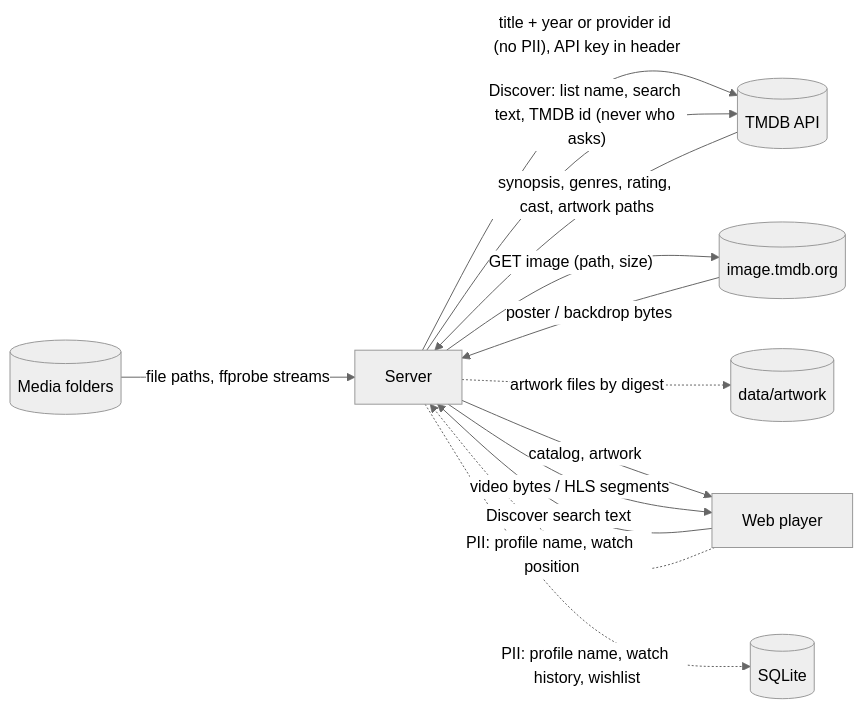
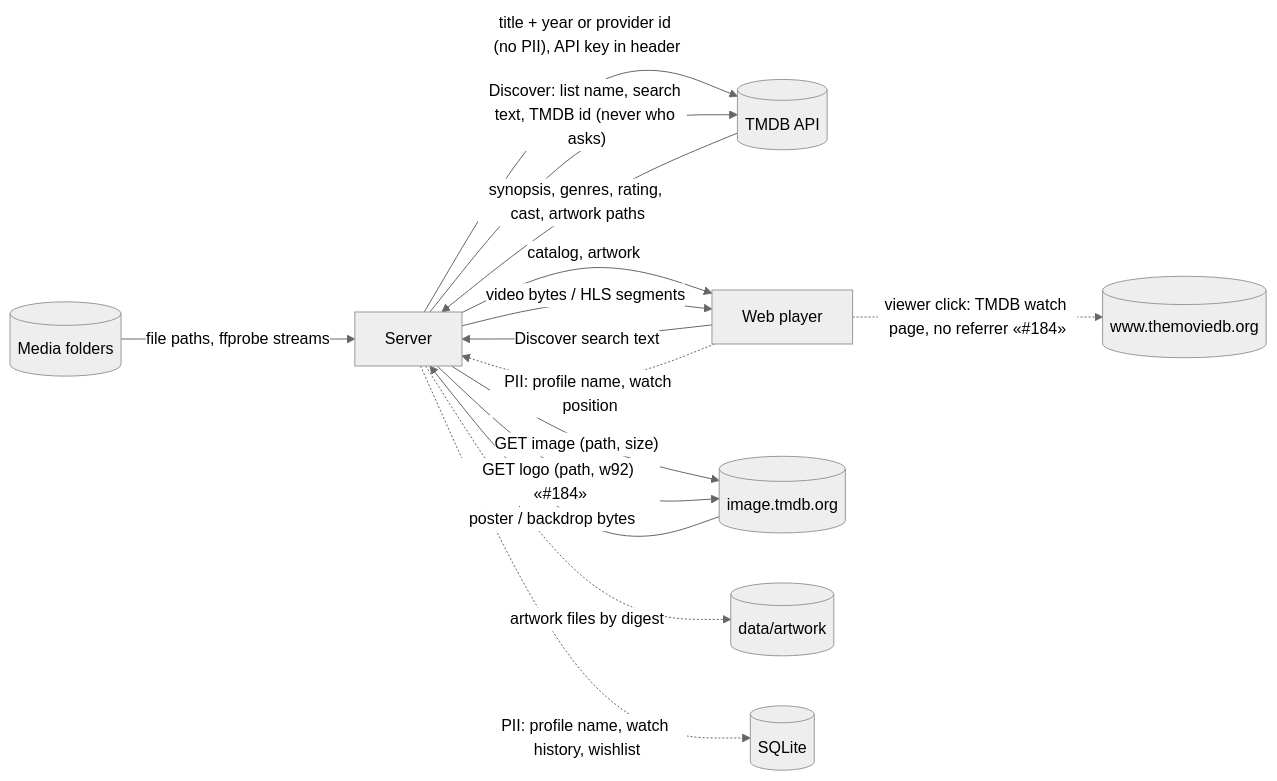
Before and after one commit to benoit-bremaud/popcorntv: the diagram in docs/architecture/diagrams/playback/06-data-flow.md, drawn with Mermaid (neutral theme). The commit also changed other lines of this file and 29 other files, not shown here.

````diff
--- a/docs/architecture/diagrams/playback/06-data-flow.md
+++ b/docs/architecture/diagrams/playback/06-data-flow.md
@@ -13,15 +13,17 @@
 ```mermaid
 flowchart LR
   Files[("Media folders")] -->|"file paths, ffprobe streams"| Server
   Server -->|"title + year or provider id (no PII), API key in header"| TMDB[("TMDB API")]
   Web -->|"Discover search text"| Server
   Server -->|"Discover: list name, search text, TMDB id (never who asks)"| TMDB
   TMDB -->|"synopsis, genres, rating, cast, artwork paths"| Server
   Server -->|"GET image (path, size)"| IMG[("image.tmdb.org")]
   IMG -->|"poster / backdrop bytes"| Server
+  Server -->|"GET logo (path, w92) «#184»"| IMG
+  Web -.->|"viewer click: TMDB watch page, no referrer «#184»"| TMDBW[("www.themoviedb.org")]
   Server -.->|"artwork files by digest"| Art[("data/artwork")]
   Server -->|"catalog, artwork"| Web[Web player]
   Web -.->|"PII: profile name, watch position"| Server
   Server -.->|"PII: profile name, watch history, wishlist"| DB[("SQLite")]
   Server -->|"video bytes / HLS segments"| Web
 ```
````
